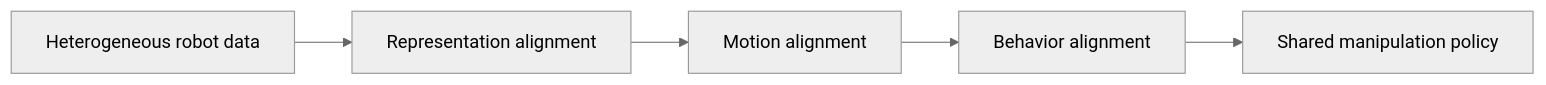
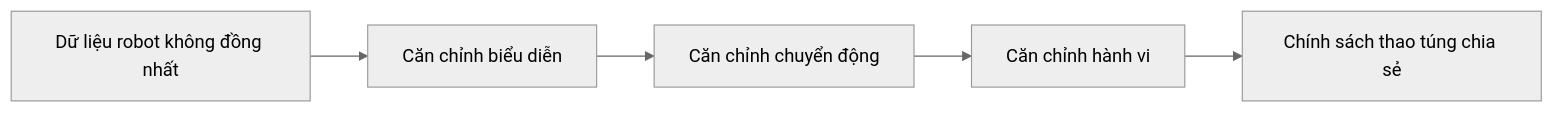
One commit to cycler04/VinRobotics-VLA changed the second of 3 diagrams in docs/research_finding/01-gwen/qwen_models/Qwen-RobotManip/qwen_robotmanip.md. Above: the diagram before and after it, drawn with Mermaid (neutral theme). The commit also changed other lines of this file and 24 other files, not shown here.

````diff
--- a/docs/research_finding/01-gwen/qwen_models/Qwen-RobotManip/qwen_robotmanip.md
+++ b/docs/research_finding/01-gwen/qwen_models/Qwen-RobotManip/qwen_robotmanip.md
@@ -108,7 +108,7 @@
 ```mermaid
 flowchart LR
-    D[Heterogeneous robot data] --> R[Representation alignment]
-    R --> M[Motion alignment]
-    M --> B[Behavior alignment]
-    B --> P[Shared manipulation policy]
+    D[Dữ liệu robot không đồng nhất] --> R[Căn chỉnh biểu diễn]
+    R --> M[Căn chỉnh chuyển động]
+    M --> B[Căn chỉnh hành vi]
+    B --> P[Chính sách thao túng chia sẻ]
 ```
````
